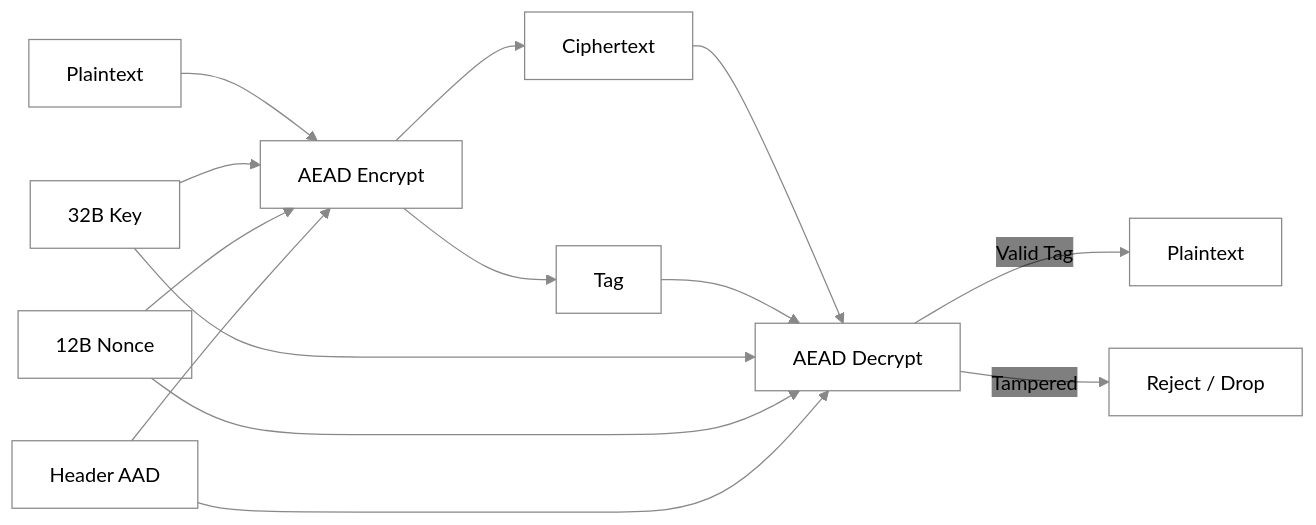
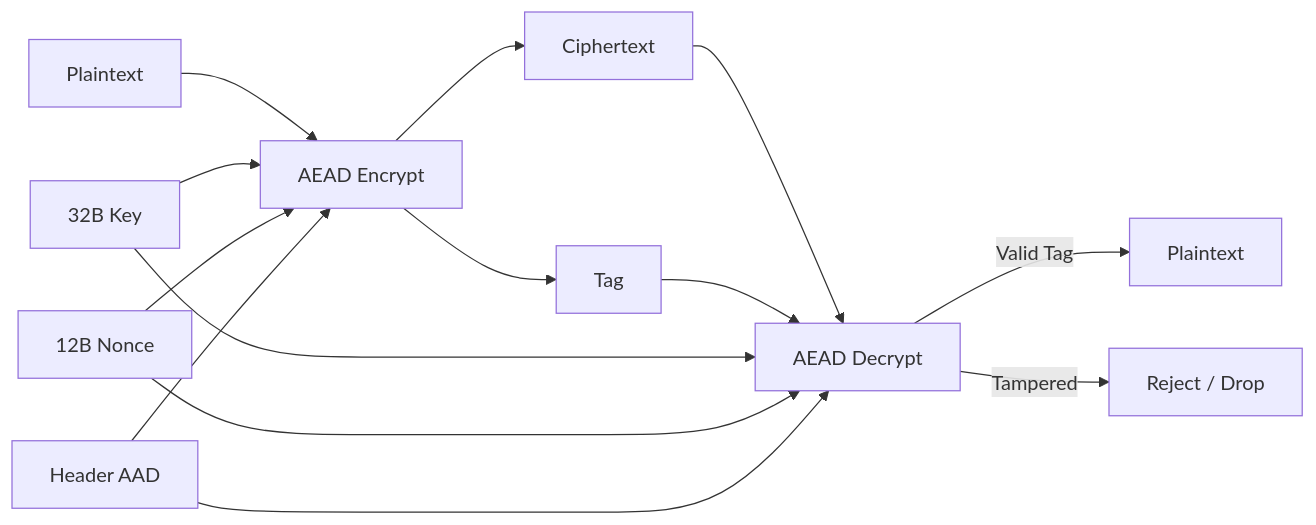
Before and after one commit to Rijzzz/Applied-Cryptography: the diagram in README.md, drawn with Mermaid.

Commit message:
Update README.md Flowchart

````diff
--- a/README.md
+++ b/README.md
@@ -10,17 +10,16 @@
 ```mermaid
-%%{init: {'theme': 'base', 'themeVariables': {'primaryColor': 'transparent', 'primaryBorderColor': '#888', 'primaryTextColor': '#000', 'lineColor': '#888', 'background': 'transparent'}}}%%
 flowchart LR
     Plaintext --> Encrypt[AEAD Encrypt]
     Key[32B Key] --> Encrypt
     Nonce[12B Nonce] --> Encrypt
     AAD[Header AAD] --> Encrypt
     Encrypt --> Ciphertext
     Encrypt --> Tag
     Ciphertext --> Decrypt[AEAD Decrypt]
     Tag --> Decrypt
     Key --> Decrypt
     Nonce --> Decrypt
     AAD --> Decrypt
     Decrypt -->|Valid Tag| PlaintextRecovered[Plaintext]
     Decrypt -->|Tampered| Rejected[Reject / Drop]
 ```
````
